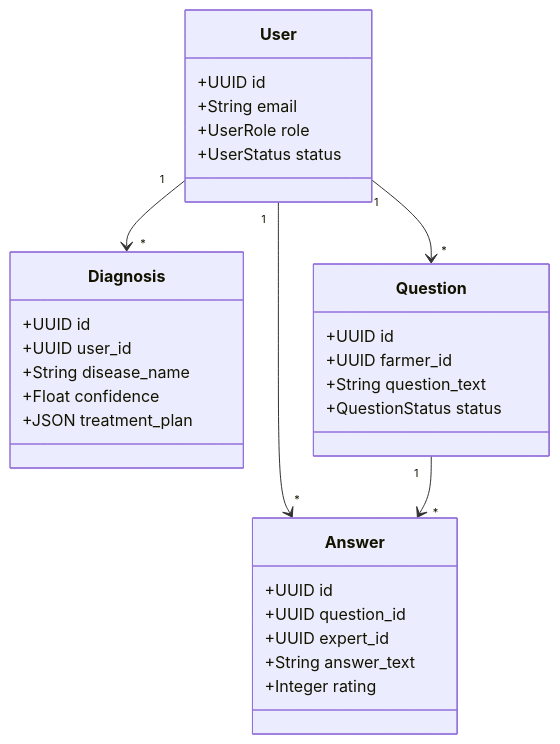
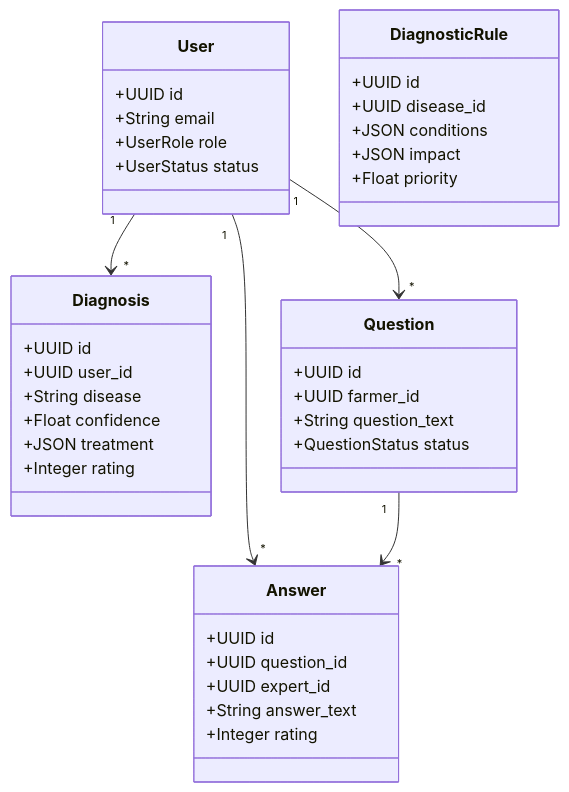
One commit to akshayks13/AI-Crop-Disease-Diagnosis-System changed the second of 3 diagrams in docs/ARCHITECTURE.md. Above: the diagram before and after it, drawn with Mermaid. The commit also changed other lines of this file and 21 other files, not shown here.

Commit message:
Added new tests and diagrams

````diff
--- a/docs/ARCHITECTURE.md
+++ b/docs/ARCHITECTURE.md
@@ -28,37 +56,46 @@
 ```mermaid
 classDiagram
     class User {
         +UUID id
         +String email
         +UserRole role
         +UserStatus status
     }
     
     class Diagnosis {
         +UUID id
         +UUID user_id
-        +String disease_name
+        +String disease
         +Float confidence
-        +JSON treatment_plan
+        +JSON treatment
+        +Integer rating
     }
     
     class Question {
         +UUID id
         +UUID farmer_id
         +String question_text
         +QuestionStatus status
     }
     
     class Answer {
         +UUID id
         +UUID question_id
         +UUID expert_id
         +String answer_text
         +Integer rating
     }
     
+    class DiagnosticRule {
+        +UUID id
+        +UUID disease_id
+        +JSON conditions
+        +JSON impact
+        +Float priority
+    }
+    
     User "1" --> "*" Diagnosis
     User "1" --> "*" Question
     User "1" --> "*" Answer
     Question "1" --> "*" Answer
 ```
````
